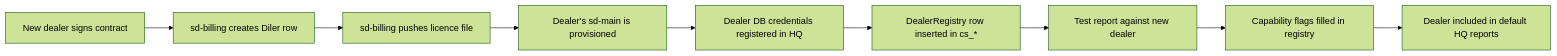
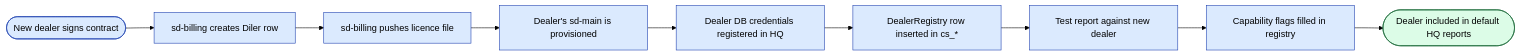
The diagram in docs/sd-cs/sd-main-integration.md (jamshidtulaganov/sd-doc), drawn with Mermaid (forest theme) before and after one commit. The commit also changed other lines of this file and 21 other files, not shown here.

````diff
--- a/docs/sd-cs/sd-main-integration.md
+++ b/docs/sd-cs/sd-main-integration.md
@@ -193,11 +194,21 @@
 ```mermaid
 flowchart LR
-  A["New dealer signs contract"] --> B["sd-billing creates Diler row"]
+  A(["New dealer signs contract"]) --> B["sd-billing creates Diler row"]
   B --> C["sd-billing pushes licence file"]
   C --> D["Dealer's sd-main is provisioned"]
   D --> E["Dealer DB credentials registered in HQ"]
   E --> F["DealerRegistry row inserted in cs_*"]
   F --> G["Test report against new dealer"]
   G --> H["Capability flags filled in registry"]
-  H --> I["Dealer included in default HQ reports"]
+  H --> I(["Dealer included in default HQ reports"])
+
+  class A action
+  class B,C,D,E,F,G,H action
+  class I success
+  classDef action   fill:#dbeafe,stroke:#1e40af,color:#000
+  classDef approval fill:#fef3c7,stroke:#92400e,color:#000
+  classDef success  fill:#dcfce7,stroke:#166534,color:#000
+  classDef reject   fill:#fee2e2,stroke:#991b1b,color:#000
+  classDef external fill:#f3f4f6,stroke:#374151,color:#000
+  classDef cron     fill:#ede9fe,stroke:#6d28d9,color:#000
 ```
````
